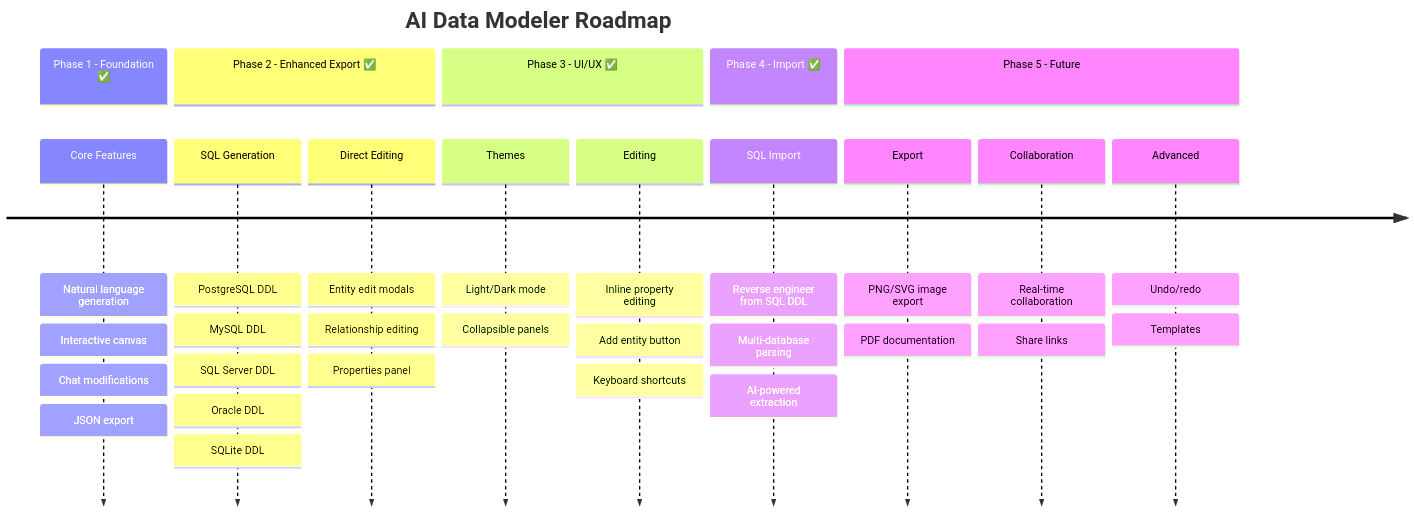
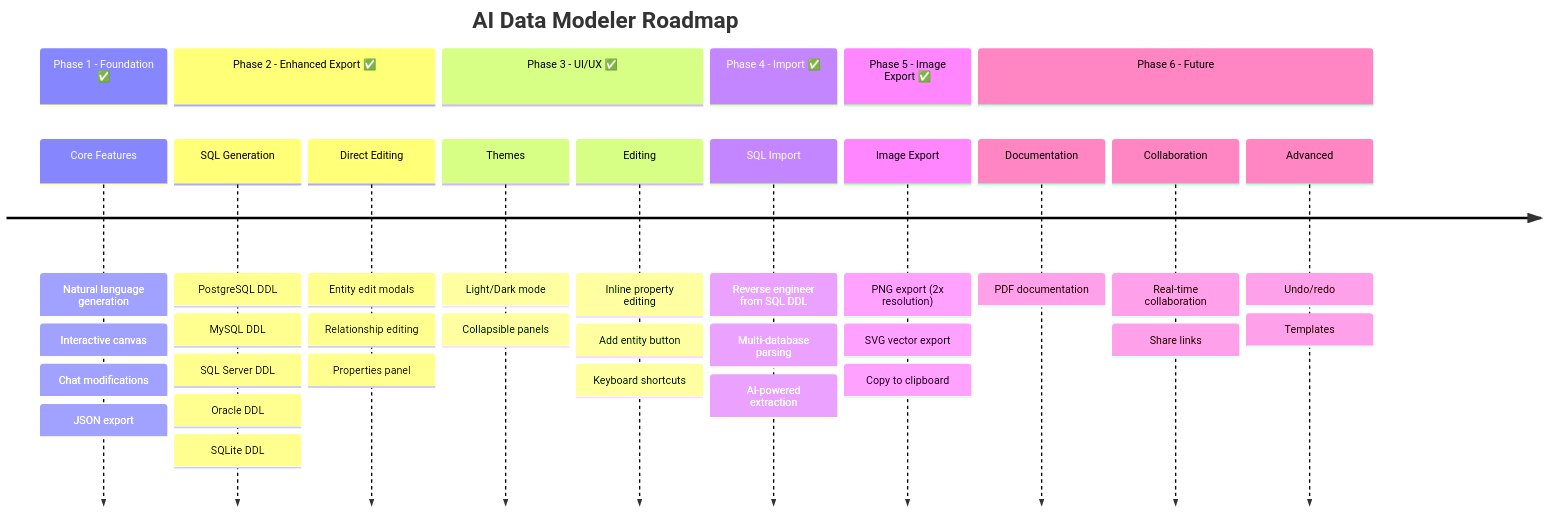
Before and after one commit to pandeyraunak007/ai-data-modeler: diagram 14 of 15 in Guide.md, drawn with Mermaid. The commit also changed other lines of this file and 2 other files, not shown here.

First line of the commit message:
Add PNG/SVG image export feature

````diff
--- a/Guide.md
+++ b/Guide.md
@@ -683,40 +714,44 @@
 ```mermaid
 timeline
     title AI Data Modeler Roadmap
 
     section Phase 1 - Foundation ✅
         Core Features : Natural language generation
                       : Interactive canvas
                       : Chat modifications
                       : JSON export
 
     section Phase 2 - Enhanced Export ✅
         SQL Generation : PostgreSQL DDL
                        : MySQL DDL
                        : SQL Server DDL
                        : Oracle DDL
                        : SQLite DDL
         Direct Editing : Entity edit modals
                        : Relationship editing
                        : Properties panel
 
     section Phase 3 - UI/UX ✅
         Themes     : Light/Dark mode
                    : Collapsible panels
         Editing    : Inline property editing
                    : Add entity button
                    : Keyboard shortcuts
 
     section Phase 4 - Import ✅
         SQL Import : Reverse engineer from SQL DDL
                    : Multi-database parsing
                    : AI-powered extraction
 
-    section Phase 5 - Future
-        Export     : PNG/SVG image export
-                   : PDF documentation
+    section Phase 5 - Image Export ✅
+        Image Export : PNG export (2x resolution)
+                     : SVG vector export
+                     : Copy to clipboard
+
+    section Phase 6 - Future
+        Documentation : PDF documentation
         Collaboration : Real-time collaboration
                       : Share links
         Advanced   : Undo/redo
                    : Templates
 ```
````
